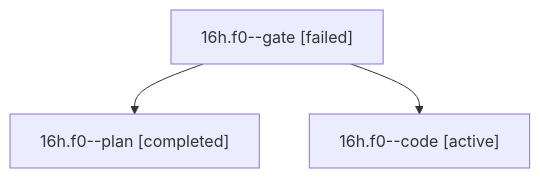
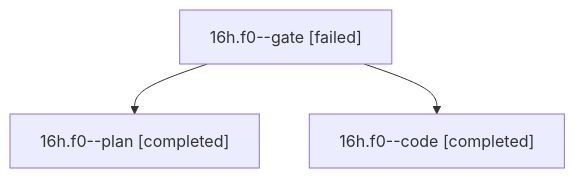
One commit to bobs-org/bob-cli--agents changed the diagram in sessions/bbugyi200.athena.16h.f0.md. Above: the diagram before and after it, drawn with Mermaid. The commit also changed other lines of this file and 14 other files, not shown here.

````diff
--- a/sessions/bbugyi200.athena.16h.f0.md
+++ b/sessions/bbugyi200.athena.16h.f0.md
@@ -9,8 +9,8 @@
 ```mermaid
 flowchart TD
   n0["16h.f0--gate [failed]"]
   n1["16h.f0--plan [completed]"]
   n0 --> n1
-  n2["16h.f0--code [active]"]
+  n2["16h.f0--code [completed]"]
   n0 --> n2
 ```
````
